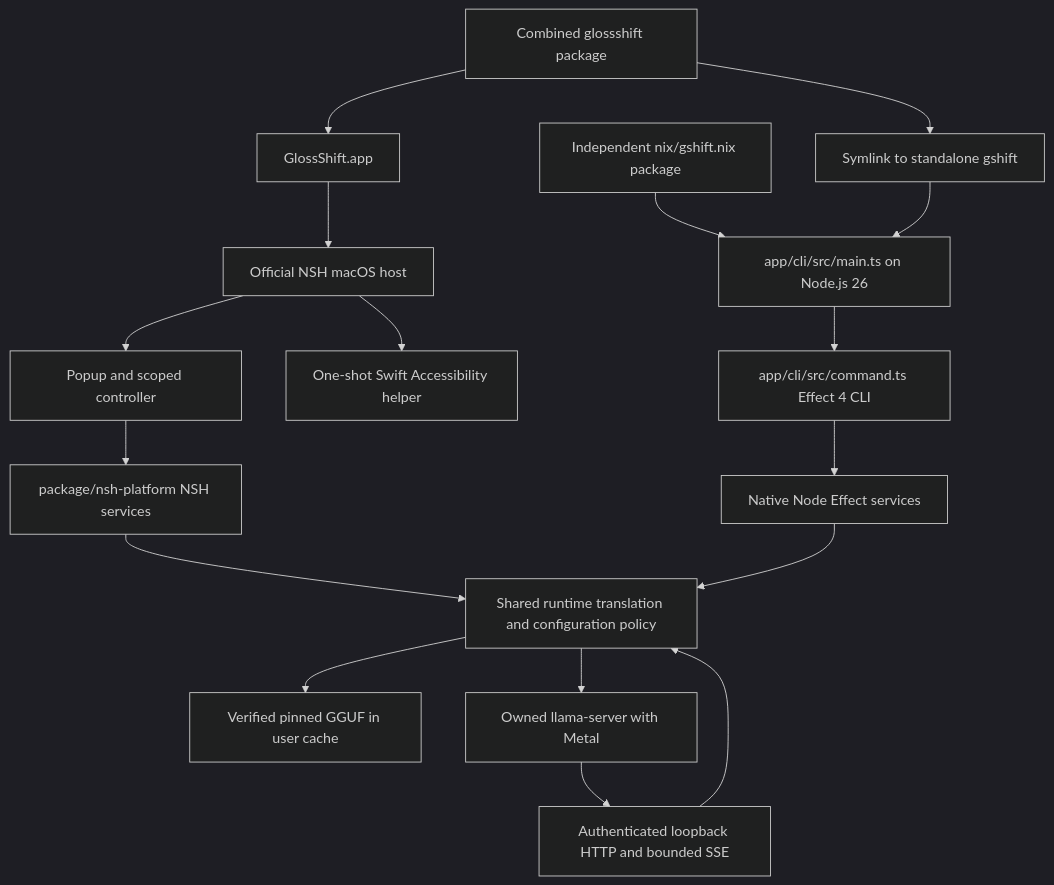
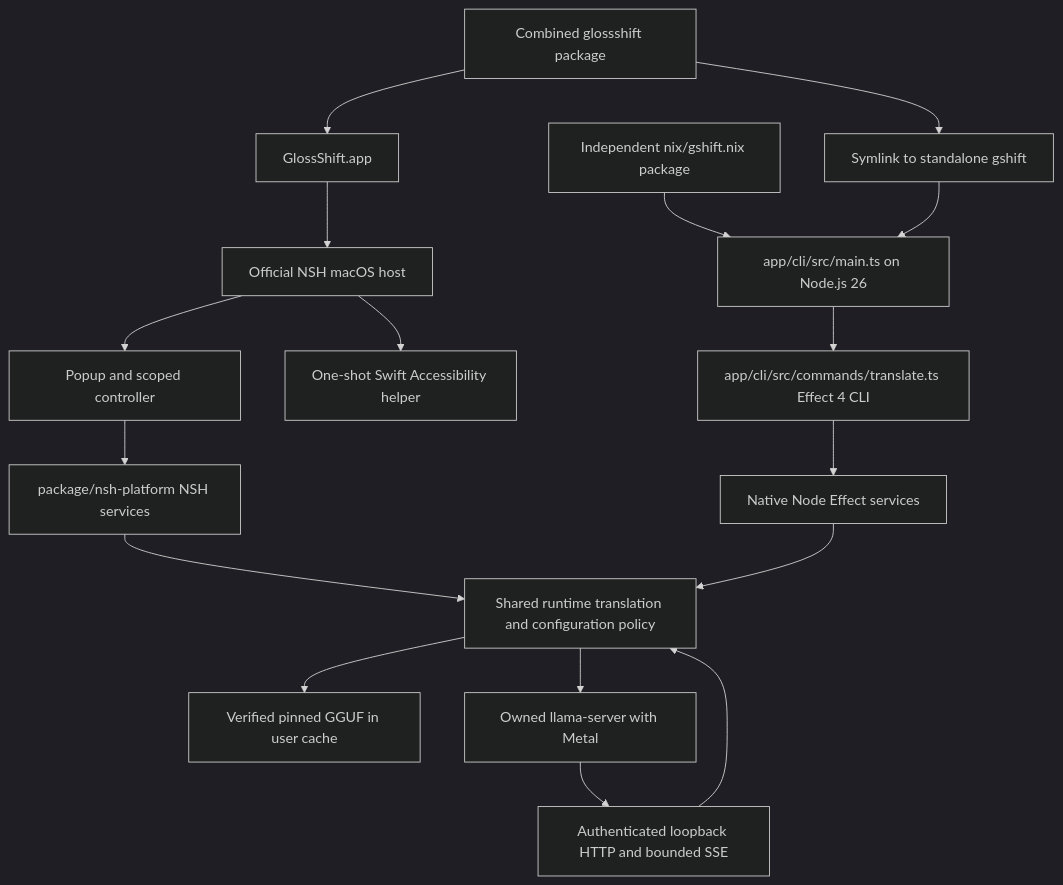
Before and after one commit to totto2727-org/glossshift: the diagram in docs/runtime-architecture.md, drawn with Mermaid (dark theme). The commit also changed other lines of this file and 108 other files, not shown here.

````diff
--- a/docs/runtime-architecture.md
+++ b/docs/runtime-architecture.md
@@ -16,19 +16,19 @@
 ```mermaid
 flowchart TD
   Combined[Combined glossshift package] --> GUI[GlossShift.app]
   Combined --> Link[Symlink to standalone gshift]
   Standalone[Independent nix/gshift.nix package] --> CLI[app/cli/src/main.ts on Node.js 26]
   Link --> CLI
   GUI --> NSH[Official NSH macOS host]
   NSH --> UI[Popup and scoped controller]
   NSH --> Swift[One-shot Swift Accessibility helper]
   UI --> NshPlatform[package/nsh-platform NSH services]
-  CLI --> Command[app/cli/src/command.ts Effect 4 CLI]
+  CLI --> Command[app/cli/src/commands/translate.ts Effect 4 CLI]
   Command --> NodePlatform[Native Node Effect services]
   NshPlatform --> Runtime[Shared runtime translation and configuration policy]
   NodePlatform --> Runtime
   Runtime --> Cache[Verified pinned GGUF in user cache]
   Runtime --> Server[Owned llama-server with Metal]
   Server --> HTTP[Authenticated loopback HTTP and bounded SSE]
   HTTP --> Runtime
 ```
````
